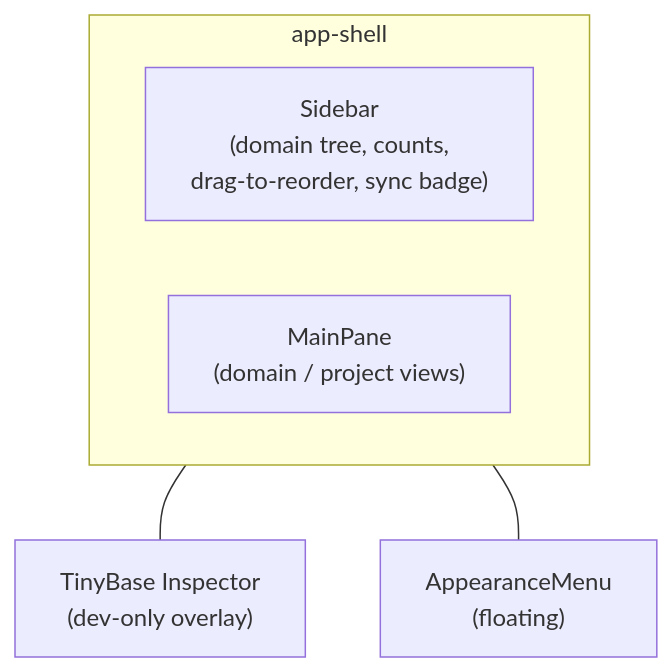
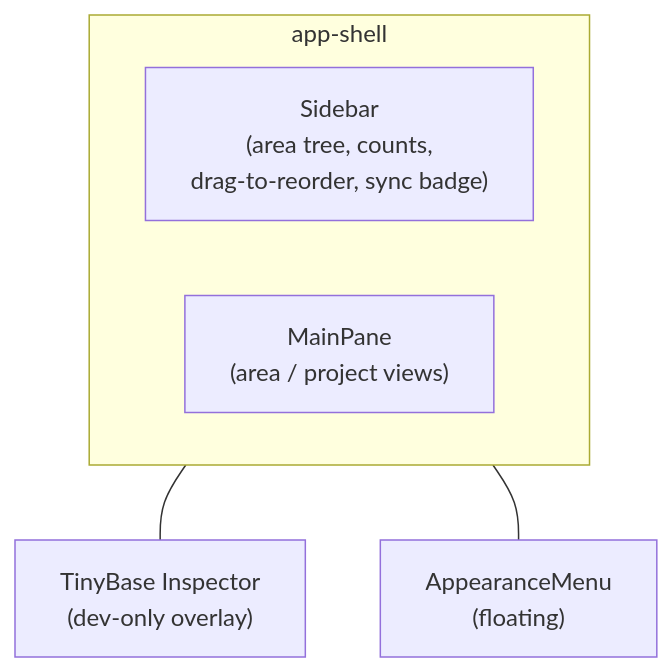
One commit to nibblebot/localaction changed the diagram in docs/ux.md. Above: the diagram before and after it, drawn with Mermaid. The commit also changed other lines of this file and 32 other files, not shown here.

First line of the commit message:
refactor(rename): rename Domain entity to Area (Life Areas)

````diff
--- a/docs/ux.md
+++ b/docs/ux.md
@@ -12,12 +12,12 @@
 ```mermaid
 flowchart TB
   subgraph Shell["app-shell"]
     direction LR
-    Side["Sidebar\n(domain tree, counts,\ndrag-to-reorder, sync badge)"]
-    Main["MainPane\n(domain / project views)"]
+    Side["Sidebar\n(area tree, counts,\ndrag-to-reorder, sync badge)"]
+    Main["MainPane\n(area / project views)"]
   end
   Insp["TinyBase Inspector\n(dev-only overlay)"]
   Menu["AppearanceMenu\n(floating)"]
   Shell --- Insp
   Shell --- Menu
 ```
````
